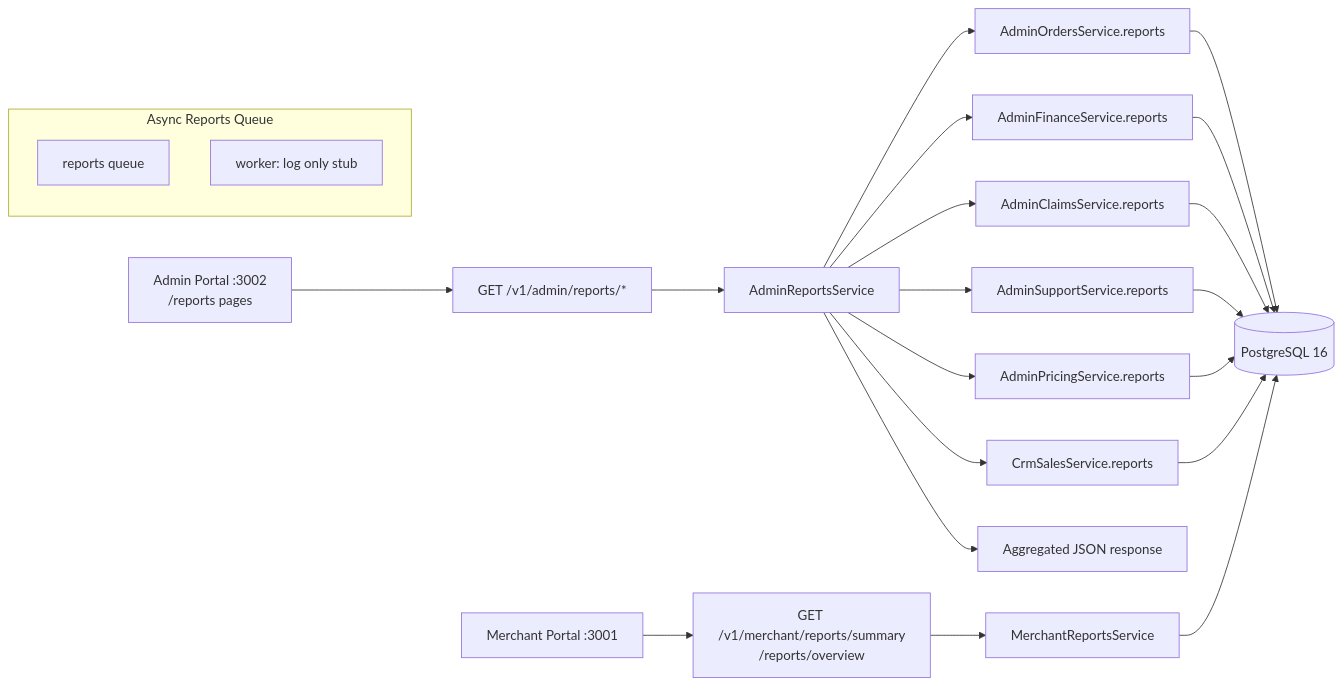
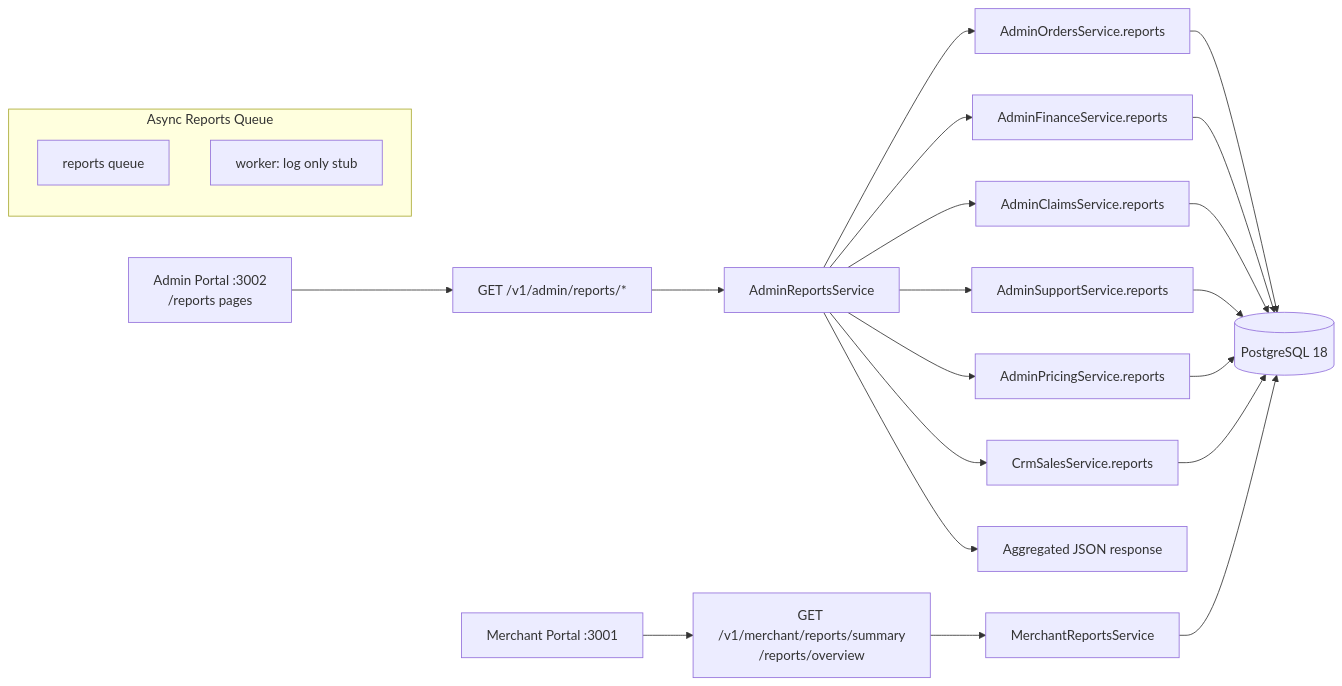
The diagram in docs/architecture/REPORTING_FLOW.md (PORTERCHAIN-INC/PCD), drawn with Mermaid before and after one commit. The commit also changed other lines of this file and 811 other files, not shown here.

````diff
--- a/docs/architecture/REPORTING_FLOW.md
+++ b/docs/architecture/REPORTING_FLOW.md
@@ -44,19 +44,19 @@
 ```mermaid
 flowchart LR
   ADMIN[Admin Portal :3002<br/>/reports pages] --> API["GET /v1/admin/reports/*"]
   API --> ARS[AdminReportsService]
   ARS --> OS[AdminOrdersService.reports]
   ARS --> FS[AdminFinanceService.reports]
   ARS --> CS[AdminClaimsService.reports]
   ARS --> SS[AdminSupportService.reports]
   ARS --> PS[AdminPricingService.reports]
   ARS --> CRM[CrmSalesService.reports]
-  OS & FS & CS & SS & PS & CRM --> DB[(PostgreSQL 16)]
+  OS & FS & CS & SS & PS & CRM --> DB[(PostgreSQL 18)]
   ARS --> RESP[Aggregated JSON response]
   MERCH[Merchant Portal :3001] --> MRS["GET /v1/merchant/reports/summary<br/>/reports/overview"]
   MRS --> MerchantReportsService --> DB
   subgraph Async["Async Reports Queue"]
     RQ[reports queue]
     WP[worker: log only stub]
   end
 ```
````
